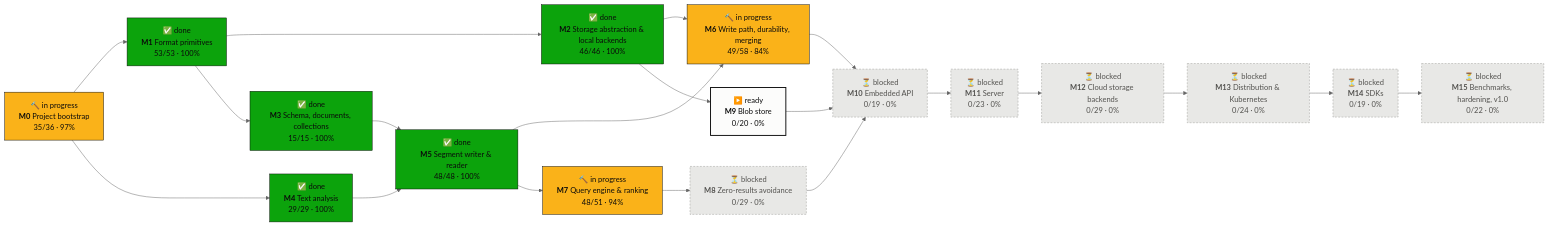
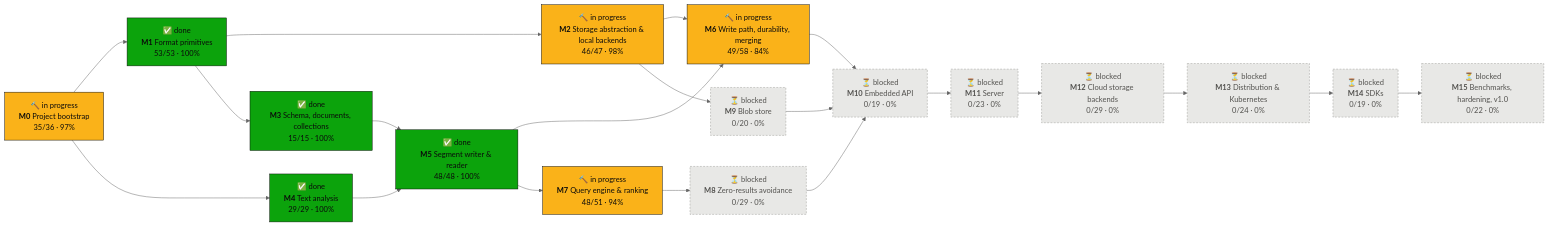
The first of 2 diagrams in PROGRESS.md (tomiok/persiaDB), drawn with Mermaid (neutral theme) before and after one commit. The commit also changed other lines of this file and 10 other files, not shown here.

First line of the commit message:
fix(storage): unlock a kept temporary file before closing it (ROADMAP 2.3.11)

````diff
--- a/PROGRESS.md
+++ b/PROGRESS.md
@@ -16,42 +16,42 @@
 ```mermaid
 flowchart LR
   M0["🔨 in progress<br/><b>M0</b> Project bootstrap<br/>35/36 · 97%"]:::doing
   M1["✅ done<br/><b>M1</b> Format primitives<br/>53/53 · 100%"]:::done
-  M2["✅ done<br/><b>M2</b> Storage abstraction & local backends<br/>46/46 · 100%"]:::done
+  M2["🔨 in progress<br/><b>M2</b> Storage abstraction & local backends<br/>46/47 · 98%"]:::doing
   M3["✅ done<br/><b>M3</b> Schema, documents, collections<br/>15/15 · 100%"]:::done
   M4["✅ done<br/><b>M4</b> Text analysis<br/>29/29 · 100%"]:::done
   M5["✅ done<br/><b>M5</b> Segment writer & reader<br/>48/48 · 100%"]:::done
   M6["🔨 in progress<br/><b>M6</b> Write path, durability, merging<br/>49/58 · 84%"]:::doing
   M7["🔨 in progress<br/><b>M7</b> Query engine & ranking<br/>48/51 · 94%"]:::doing
   M8["⏳ blocked<br/><b>M8</b> Zero-results avoidance<br/>0/29 · 0%"]:::blocked
-  M9["▶️ ready<br/><b>M9</b> Blob store<br/>0/20 · 0%"]:::ready
+  M9["⏳ blocked<br/><b>M9</b> Blob store<br/>0/20 · 0%"]:::blocked
   M10["⏳ blocked<br/><b>M10</b> Embedded API<br/>0/19 · 0%"]:::blocked
   M11["⏳ blocked<br/><b>M11</b> Server<br/>0/23 · 0%"]:::blocked
   M12["⏳ blocked<br/><b>M12</b> Cloud storage backends<br/>0/29 · 0%"]:::blocked
   M13["⏳ blocked<br/><b>M13</b> Distribution & Kubernetes<br/>0/24 · 0%"]:::blocked
   M14["⏳ blocked<br/><b>M14</b> SDKs<br/>0/19 · 0%"]:::blocked
   M15["⏳ blocked<br/><b>M15</b> Benchmarks, hardening, v1.0<br/>0/22 · 0%"]:::blocked
   M0 --> M1
   M1 --> M2
   M1 --> M3
   M0 --> M4
   M3 --> M5
   M4 --> M5
   M2 --> M6
   M5 --> M6
   M5 --> M7
   M7 --> M8
   M2 --> M9
   M6 --> M10
   M8 --> M10
   M9 --> M10
   M10 --> M11
   M11 --> M12
   M12 --> M13
   M13 --> M14
   M14 --> M15
   classDef done fill:#0ca30c,stroke:#0b0b0b,color:#0b0b0b
   classDef doing fill:#fab219,stroke:#0b0b0b,color:#0b0b0b
   classDef ready fill:#fcfcfb,stroke:#0b0b0b,stroke-width:2px,color:#0b0b0b
   classDef blocked fill:#e8e8e6,stroke:#9a9a96,stroke-dasharray:4 3,color:#52514e
 ```
````
